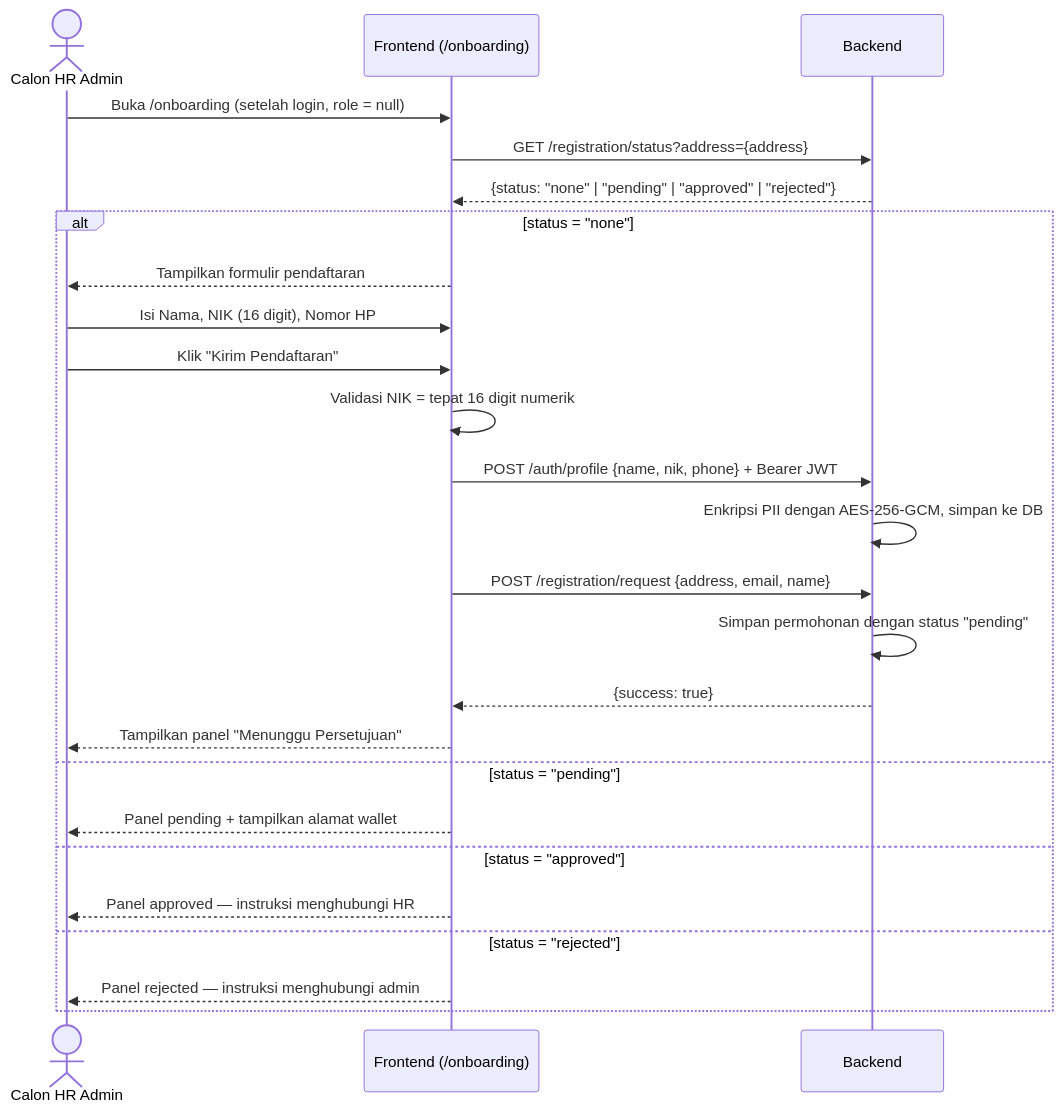
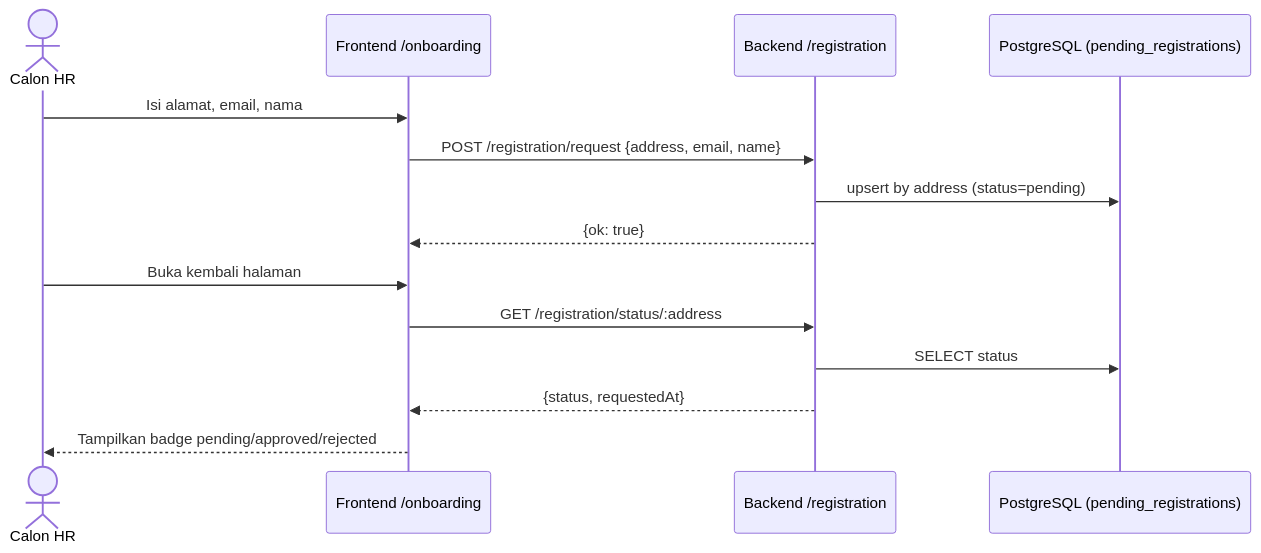
Before and after one commit to skripsi-payroll-dapp/docs: the fourth of 44 diagrams in docs/DPPL.md, drawn with Mermaid. The commit also changed other lines of this file and 4 other files, not shown here.

````diff
--- a/docs/DPPL.md
+++ b/docs/DPPL.md
@@ -324,28 +328,16 @@
 ```mermaid
 sequenceDiagram
-    actor HR as Calon HR Admin
-    participant FE as Frontend (/onboarding)
-    participant BE as Backend
-
-    HR->>FE: Buka /onboarding (setelah login, role = null)
-    FE->>BE: GET /registration/status?address={address}
-    BE-->>FE: {status: "none" | "pending" | "approved" | "rejected"}
-    alt status = "none"
-        FE-->>HR: Tampilkan formulir pendaftaran
-        HR->>FE: Isi Nama, NIK (16 digit), Nomor HP
-        HR->>FE: Klik "Kirim Pendaftaran"
-        FE->>FE: Validasi NIK = tepat 16 digit numerik
-        FE->>BE: POST /auth/profile {name, nik, phone} + Bearer JWT
-        BE->>BE: Enkripsi PII dengan AES-256-GCM, simpan ke DB
-        FE->>BE: POST /registration/request {address, email, name}
-        BE->>BE: Simpan permohonan dengan status "pending"
-        BE-->>FE: {success: true}
-        FE-->>HR: Tampilkan panel "Menunggu Persetujuan"
-    else status = "pending"
-        FE-->>HR: Panel pending + tampilkan alamat wallet
-    else status = "approved"
-        FE-->>HR: Panel approved — instruksi menghubungi HR
-    else status = "rejected"
-        FE-->>HR: Panel rejected — instruksi menghubungi admin
-    end
+    actor HR as Calon HR
+    participant FE as Frontend /onboarding
+    participant BE as Backend /registration
+    participant DB as PostgreSQL (pending_registrations)
+    HR->>FE: Isi alamat, email, nama
+    FE->>BE: POST /registration/request {address, email, name}
+    BE->>DB: upsert by address (status=pending)
+    BE-->>FE: {ok: true}
+    HR->>FE: Buka kembali halaman
+    FE->>BE: GET /registration/status/:address
+    BE->>DB: SELECT status
+    BE-->>FE: {status, requestedAt}
+    FE-->>HR: Tampilkan badge pending/approved/rejected
 ```
````
